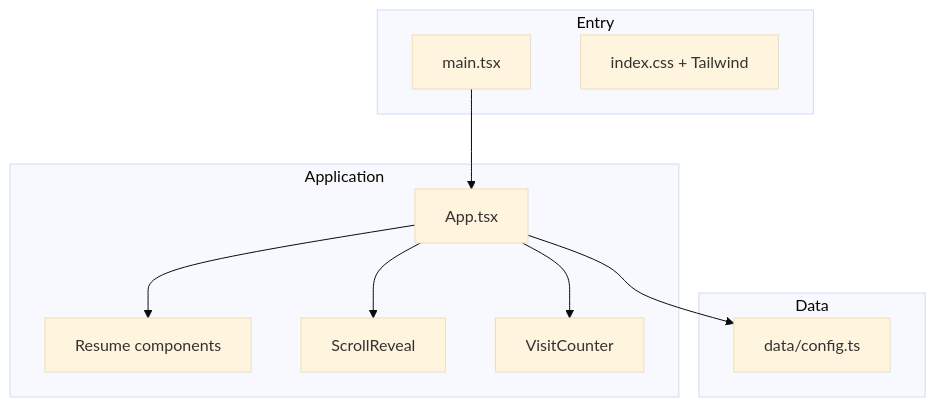
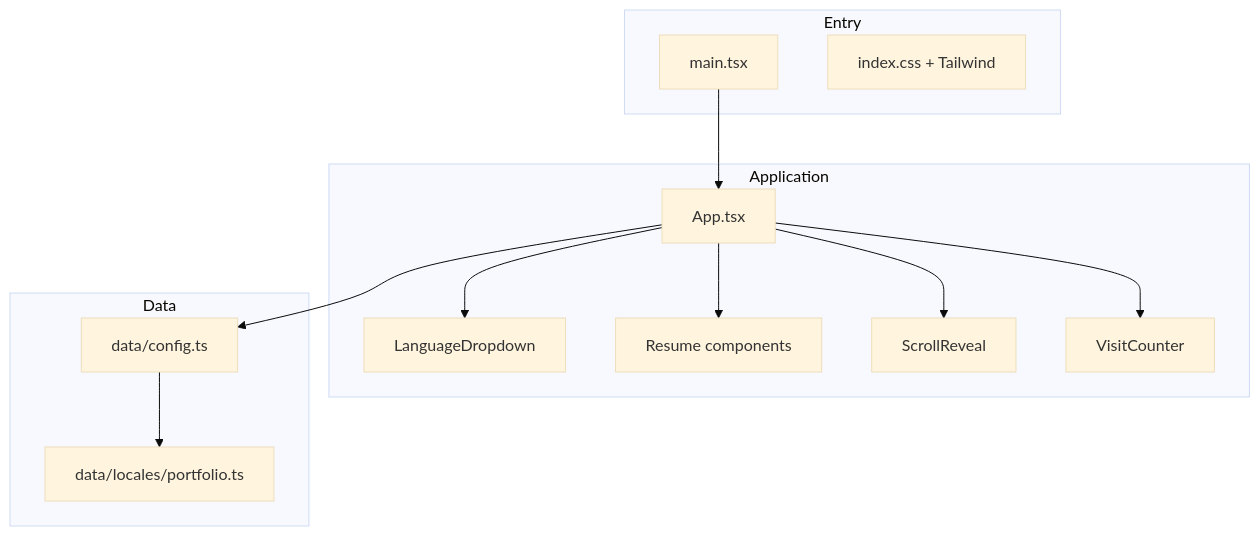
The diagram in README.md (saoussen-slii/portfolio), drawn with Mermaid (base theme) before and after one commit. The commit also changed other lines of this file and 6 other files, not shown here.

Commit message:
add language switcher for English and French locales

````diff
--- a/README.md
+++ b/README.md
@@ -77,21 +78,25 @@
 ```mermaid
 flowchart TB
   subgraph entry [Entry]
     main[main.tsx]
     css[index.css + Tailwind]
   end
   subgraph app [Application]
     App[App.tsx]
+    Lang[LanguageDropdown]
     Resume[Resume components]
     ScrollReveal[ScrollReveal]
     VisitCounter[VisitCounter]
   end
   subgraph data [Data]
+    locales[data/locales/portfolio.ts]
     config[data/config.ts]
   end
   main --> App
+  App --> Lang
   App --> Resume
   App --> ScrollReveal
   App --> VisitCounter
   App --> config
+  config --> locales
 ```
````
